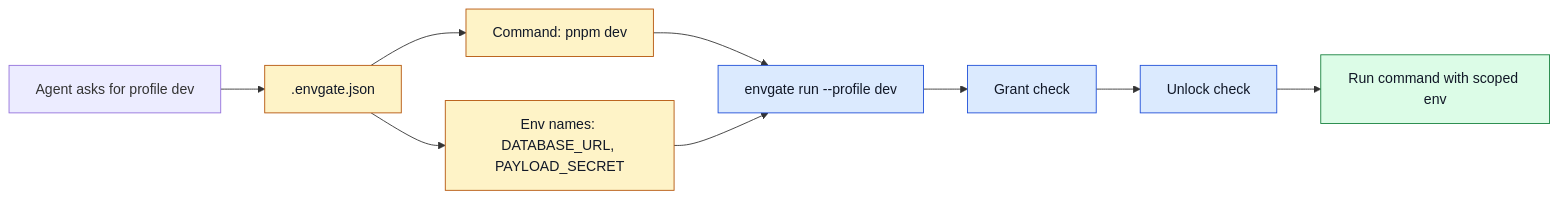
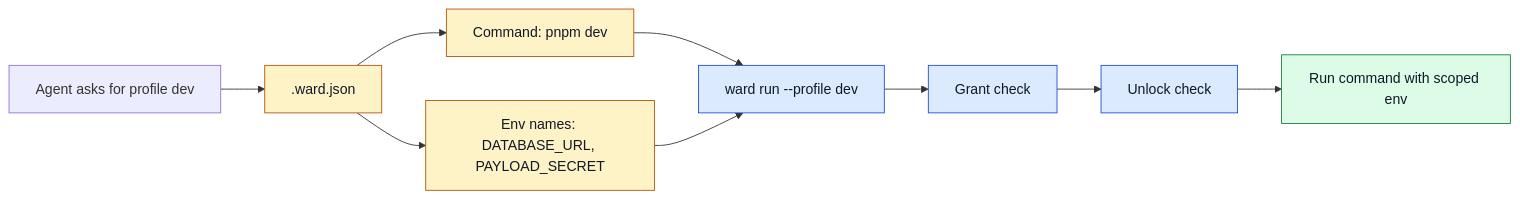
Before and after one commit to web3-claw/aiward: the fourth of 9 diagrams in docs/infographics.md, drawn with Mermaid. The commit also changed other lines of this file and 30 other files, not shown here.

First line of the commit message:
refactor: rename envgate → ward across entire codebase

````diff
--- a/docs/infographics.md
+++ b/docs/infographics.md
@@ -124,18 +124,18 @@
 ```mermaid
 flowchart LR
-    A["Agent asks for profile dev"] --> B[".envgate.json"]
+    A["Agent asks for profile dev"] --> B[".ward.json"]
     B --> C["Command: pnpm dev"]
     B --> D["Env names: DATABASE_URL, PAYLOAD_SECRET"]
-    C --> E["envgate run --profile dev"]
+    C --> E["ward run --profile dev"]
     D --> E
     E --> F["Grant check"]
     F --> G["Unlock check"]
     G --> H["Run command with scoped env"]
 
     classDef profile fill:#fef3c7,stroke:#b45309,color:#111827;
     classDef command fill:#dbeafe,stroke:#1d4ed8,color:#111827;
     classDef protected fill:#dcfce7,stroke:#15803d,color:#111827;
     class B,C,D profile;
     class E,F,G command;
     class H protected;
 ```
````
